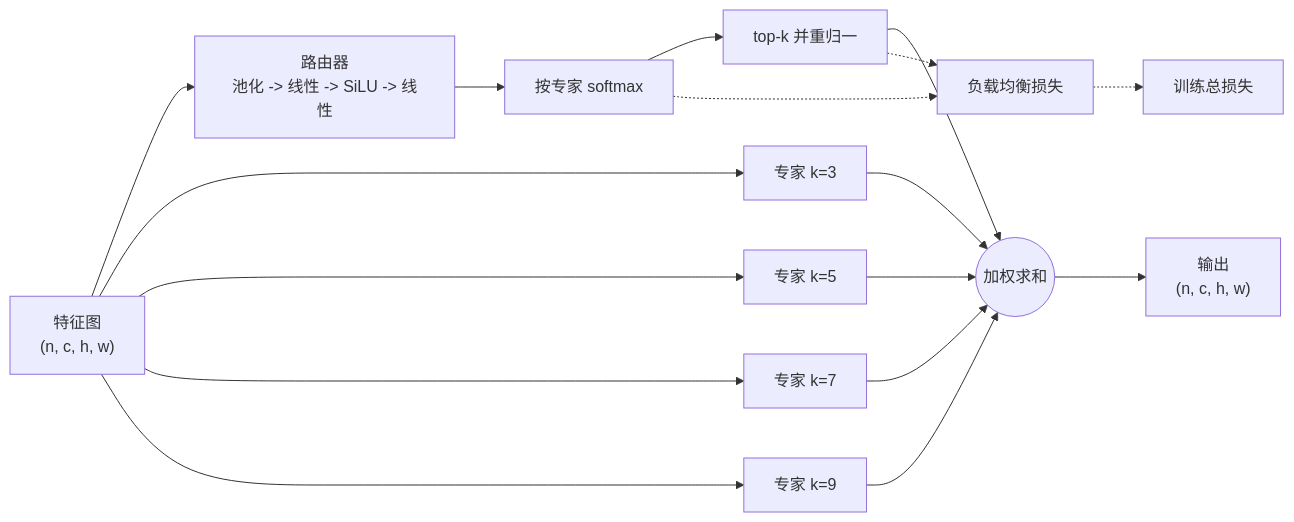
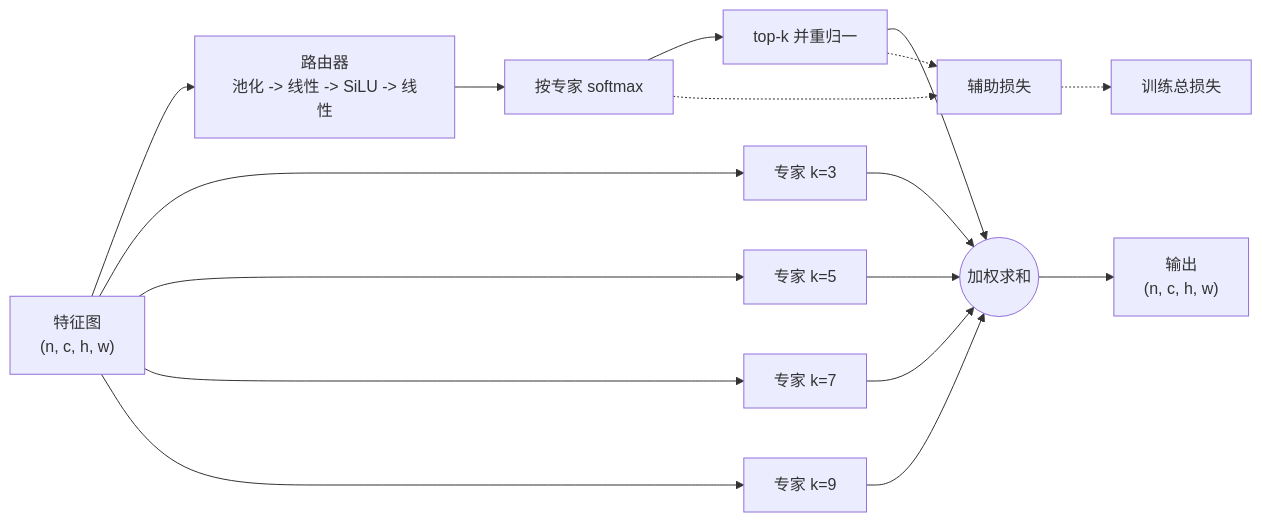
One commit to Lfan-ke/ES-MoE changed the diagram in docs/tutorial.md. Above: the diagram before and after it, drawn with Mermaid. The commit also changed other lines of this file and 28 other files, not shown here.

Commit message:
docs(site): a figure for every result, dark-aware diagrams, libraries loaded on demand, and corrected comparisons.

````diff
--- a/docs/tutorial.md
+++ b/docs/tutorial.md
@@ -11,19 +11,19 @@
 ```mermaid
 flowchart LR
     X["特征图<br/>(n, c, h, w)"] --> R["路由器<br/>池化 -> 线性 -> SiLU -> 线性"]
     R --> P["按专家 softmax"]
     P --> T["top-k 并重归一"]
     X --> E1["专家 k=3"]
     X --> E2["专家 k=5"]
     X --> E3["专家 k=7"]
     X --> E4["专家 k=9"]
     T --> S(("加权求和"))
     E1 --> S
     E2 --> S
     E3 --> S
     E4 --> S
     S --> Y["输出<br/>(n, c, h, w)"]
-    P -.-> A["负载均衡损失"]
+    P -.-> A["辅助损失"]
     T -.-> A
     A -.-> L["训练总损失"]
 ```
````
